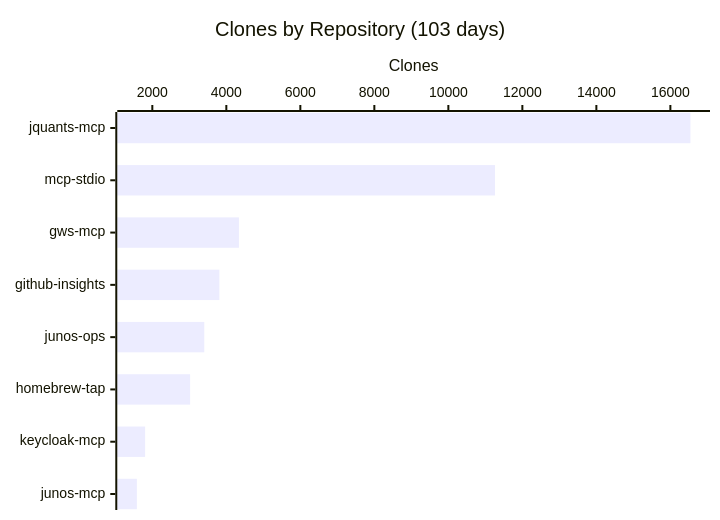
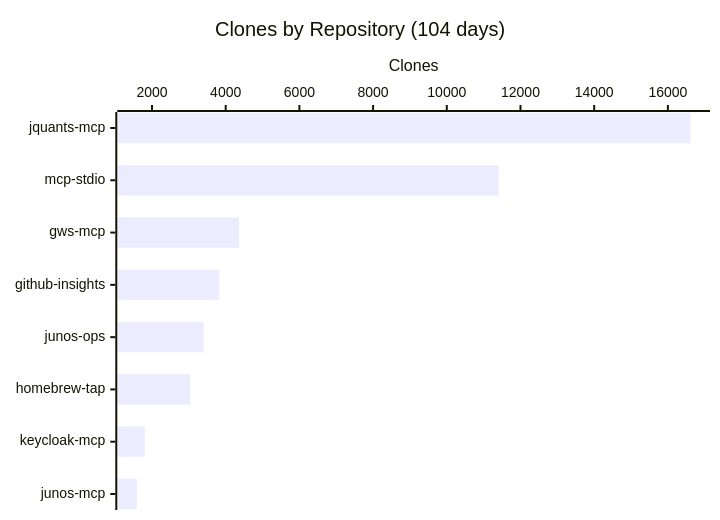
The third of 3 diagrams in README.md (shigechika/github-insights), drawn with Mermaid before and after one commit. The commit also changed other lines of this file and 2 other files, not shown here.

````diff
--- a/README.md
+++ b/README.md
@@ -43,7 +43,7 @@
 ```mermaid
 xychart-beta horizontal
-    title "Clones by Repository (103 days)"
+    title "Clones by Repository (104 days)"
     x-axis ["jquants-mcp", "mcp-stdio", "gws-mcp", "github-insights", "junos-ops", "homebrew-tap", "keycloak-mcp", "junos-mcp"]
     y-axis "Clones"
-    bar [16542, 11261, 4341, 3812, 3404, 3021, 1805, 1582]
+    bar [16612, 11411, 4362, 3828, 3404, 3034, 1806, 1589]
 ```
````
